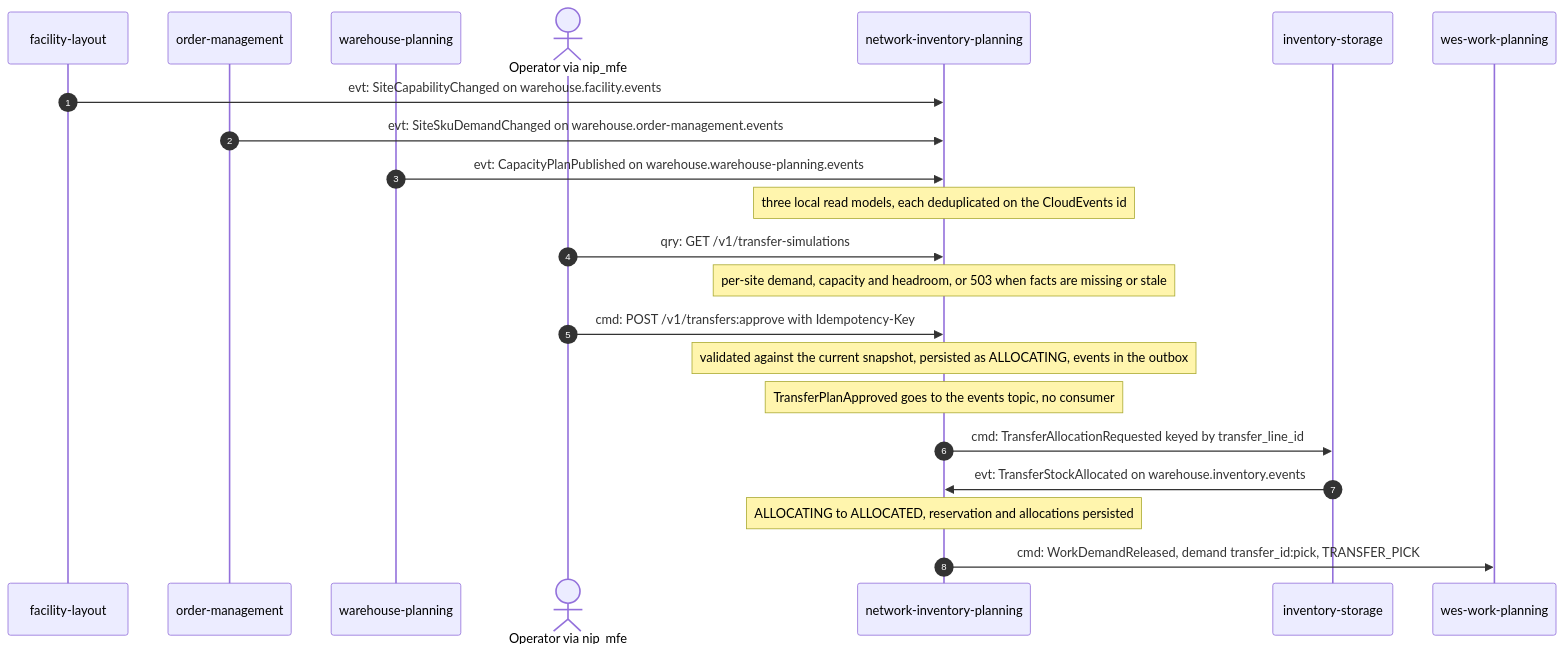
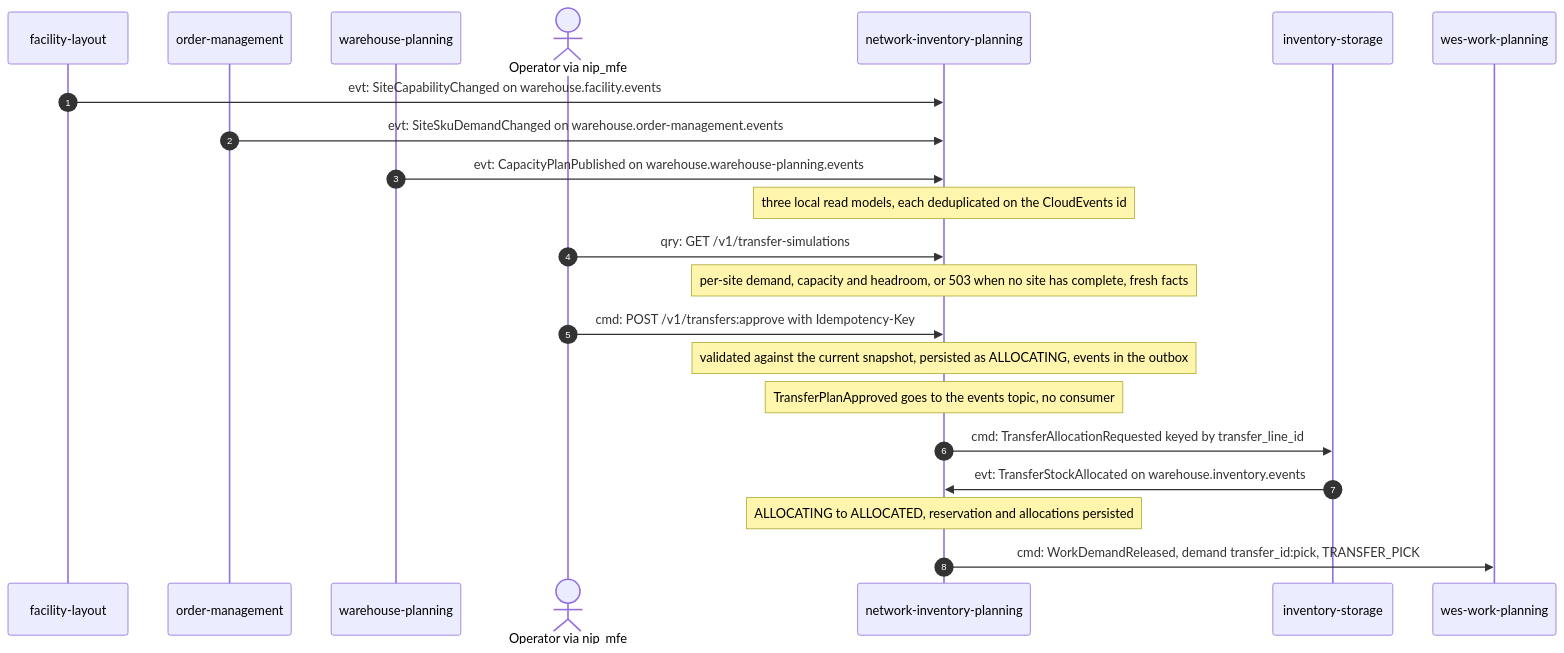
One commit to IQVO/warehouse-docs changed the first of 4 diagrams in docs/contexts/network-inventory-planning/domain-message-flow.md. Above: the diagram before and after it, drawn with Mermaid. The commit also changed 237 other files, not shown here.

````diff
--- a/docs/contexts/network-inventory-planning/domain-message-flow.md
+++ b/docs/contexts/network-inventory-planning/domain-message-flow.md
@@ -22,24 +22,24 @@
 ```mermaid
 sequenceDiagram
   autonumber
   participant FL as facility-layout
   participant OM as order-management
   participant WPL as warehouse-planning
   actor Op as Operator via nip_mfe
   participant NIP as network-inventory-planning
   participant INV as inventory-storage
   participant WP as wes-work-planning
   FL->>NIP: evt: SiteCapabilityChanged on warehouse.facility.events
   OM->>NIP: evt: SiteSkuDemandChanged on warehouse.order-management.events
   WPL->>NIP: evt: CapacityPlanPublished on warehouse.warehouse-planning.events
   Note over NIP: three local read models, each deduplicated on the CloudEvents id
   Op->>NIP: qry: GET /v1/transfer-simulations
-  Note over NIP: per-site demand, capacity and headroom, or 503 when facts are missing or stale
+  Note over NIP: per-site demand, capacity and headroom, or 503 when no site has complete, fresh facts
   Op->>NIP: cmd: POST /v1/transfers:approve with Idempotency-Key
   Note over NIP: validated against the current snapshot, persisted as ALLOCATING, events in the outbox
   Note over NIP: TransferPlanApproved goes to the events topic, no consumer
   NIP->>INV: cmd: TransferAllocationRequested keyed by transfer_line_id
   INV->>NIP: evt: TransferStockAllocated on warehouse.inventory.events
   Note over NIP: ALLOCATING to ALLOCATED, reservation and allocations persisted
   NIP->>WP: cmd: WorkDemandReleased, demand transfer_id:pick, TRANSFER_PICK
 ```
````
